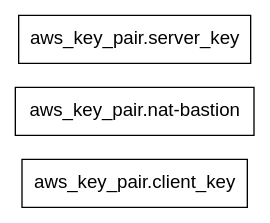
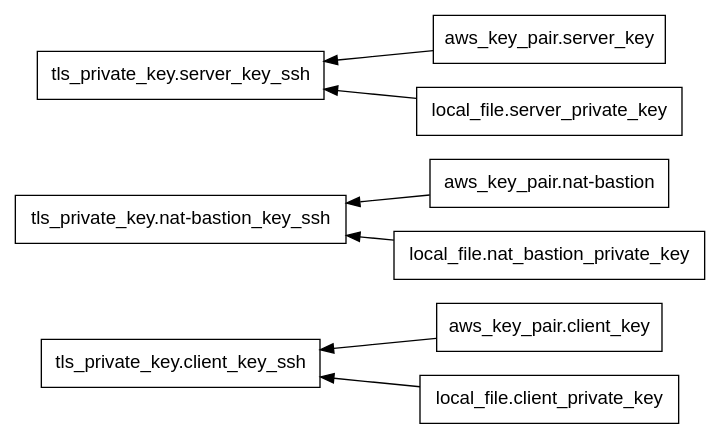
One commit to arsalanshaikh13/lirw-https-end-to-end-terragrunt-three-tier-app-deploy changed the diagram in terraform/nat_key/key/graph/graph-apply.dot. Above: the diagram before and after it, drawn with Graphviz. The commit also changed 176 other files, not shown here.

```diff
--- a/terraform/nat_key/key/graph/graph-apply.dot
+++ b/terraform/nat_key/key/graph/graph-apply.dot
@@ -1,7 +1,19 @@
 digraph G {
   rankdir = "RL";
   node [shape = rect, fontname = "sans-serif"];
   "aws_key_pair.client_key" [label="aws_key_pair.client_key"];
   "aws_key_pair.nat-bastion" [label="aws_key_pair.nat-bastion"];
   "aws_key_pair.server_key" [label="aws_key_pair.server_key"];
+  "local_file.client_private_key" [label="local_file.client_private_key"];
+  "local_file.nat_bastion_private_key" [label="local_file.nat_bastion_private_key"];
+  "local_file.server_private_key" [label="local_file.server_private_key"];
+  "tls_private_key.client_key_ssh" [label="tls_private_key.client_key_ssh"];
+  "tls_private_key.nat-bastion_key_ssh" [label="tls_private_key.nat-bastion_key_ssh"];
+  "tls_private_key.server_key_ssh" [label="tls_private_key.server_key_ssh"];
+  "aws_key_pair.client_key" -> "tls_private_key.client_key_ssh";
+  "aws_key_pair.nat-bastion" -> "tls_private_key.nat-bastion_key_ssh";
+  "aws_key_pair.server_key" -> "tls_private_key.server_key_ssh";
+  "local_file.client_private_key" -> "tls_private_key.client_key_ssh";
+  "local_file.nat_bastion_private_key" -> "tls_private_key.nat-bastion_key_ssh";
+  "local_file.server_private_key" -> "tls_private_key.server_key_ssh";
 }
```
